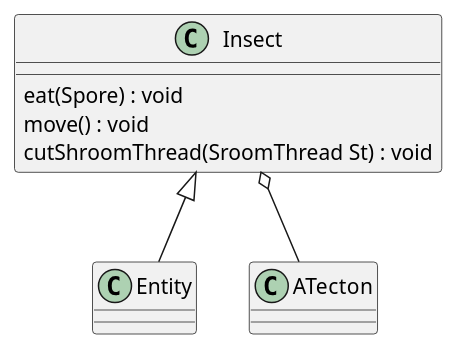
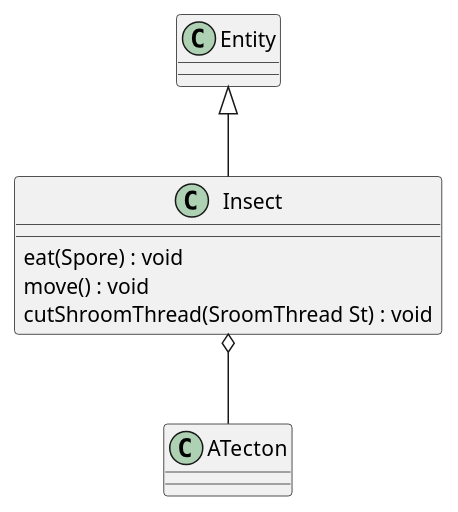
One commit to Petya-G/fungorium changed the diagram in 3/classes/insect.puml. Above: the diagram before and after it, drawn with PlantUML.

Commit message:
#insect arrow fix

```diff
--- a/3/classes/insect.puml
+++ b/3/classes/insect.puml
@@ -1,10 +1,10 @@
 @startuml insect
 
-Insect <|-- Entity
+Entity <|-- Insect
 Insect o-- ATecton
 class Insect{
     eat(Spore) : void
     move() : void
     cutShroomThread(SroomThread St) : void
 }
 @enduml
```
